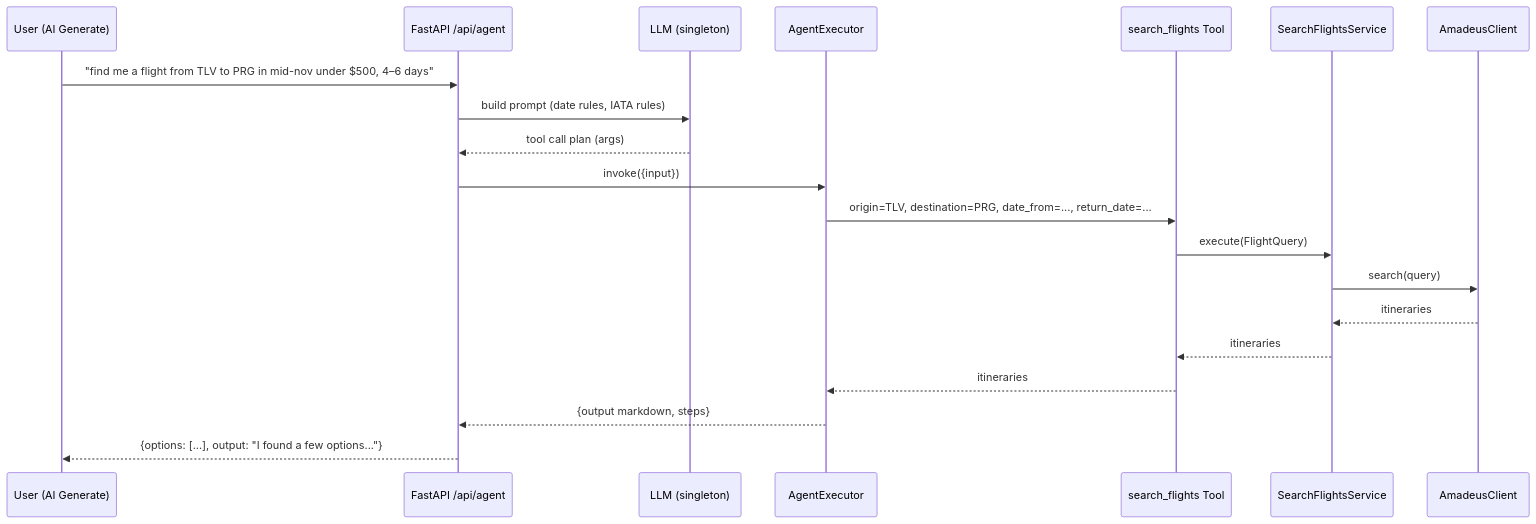
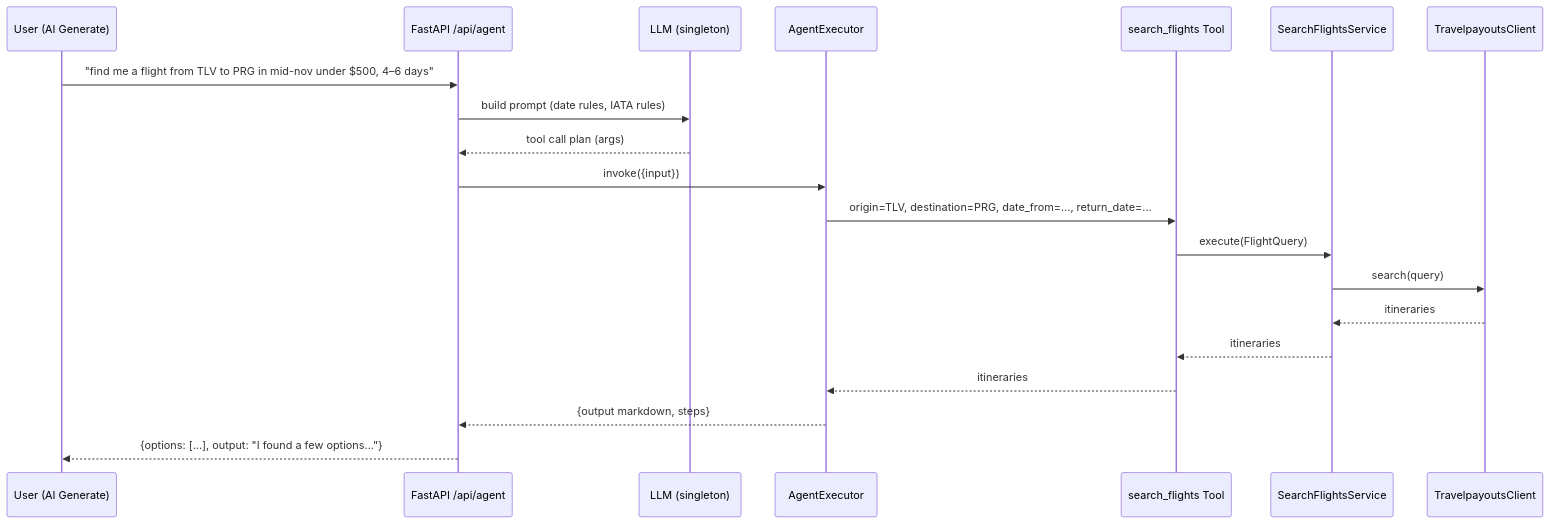
Before and after one commit to richarddanipog/flight-copilot: the third of 3 diagrams in README.md, drawn with Mermaid. The commit also changed other lines of this file, not shown here.

````diff
--- a/README.md
+++ b/README.md
@@ -298,23 +298,23 @@
 ```mermaid
 sequenceDiagram
 participant U as User (AI Generate)
 participant AG as FastAPI /api/agent
 participant L as LLM (singleton)
 participant X as AgentExecutor
 participant T as search_flights Tool
 participant S as SearchFlightsService
-participant P as AmadeusClient
+participant P as TravelpayoutsClient
 
 U->>AG: "find me a flight from TLV to PRG in mid-nov under $500, 4–6 days"
 AG->>L: build prompt (date rules, IATA rules)
 L-->>AG: tool call plan (args)
 AG->>X: invoke({input})
 X->>T: origin=TLV, destination=PRG, date_from=..., return_date=...
 T->>S: execute(FlightQuery)
 S->>P: search(query)
 P-->>S: itineraries
 S-->>T: itineraries
 T-->>X: itineraries
 X-->>AG: {output markdown, steps}
 AG-->>U: {options: [...], output: "I found a few options..."}
 ```
````
